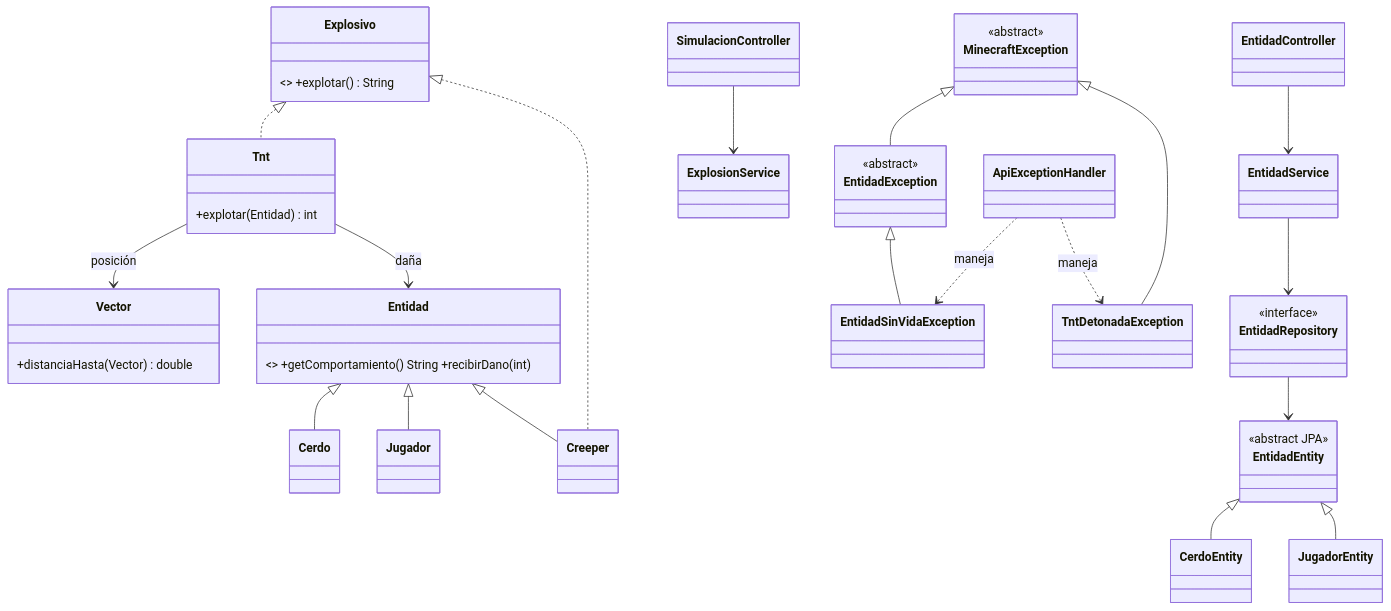
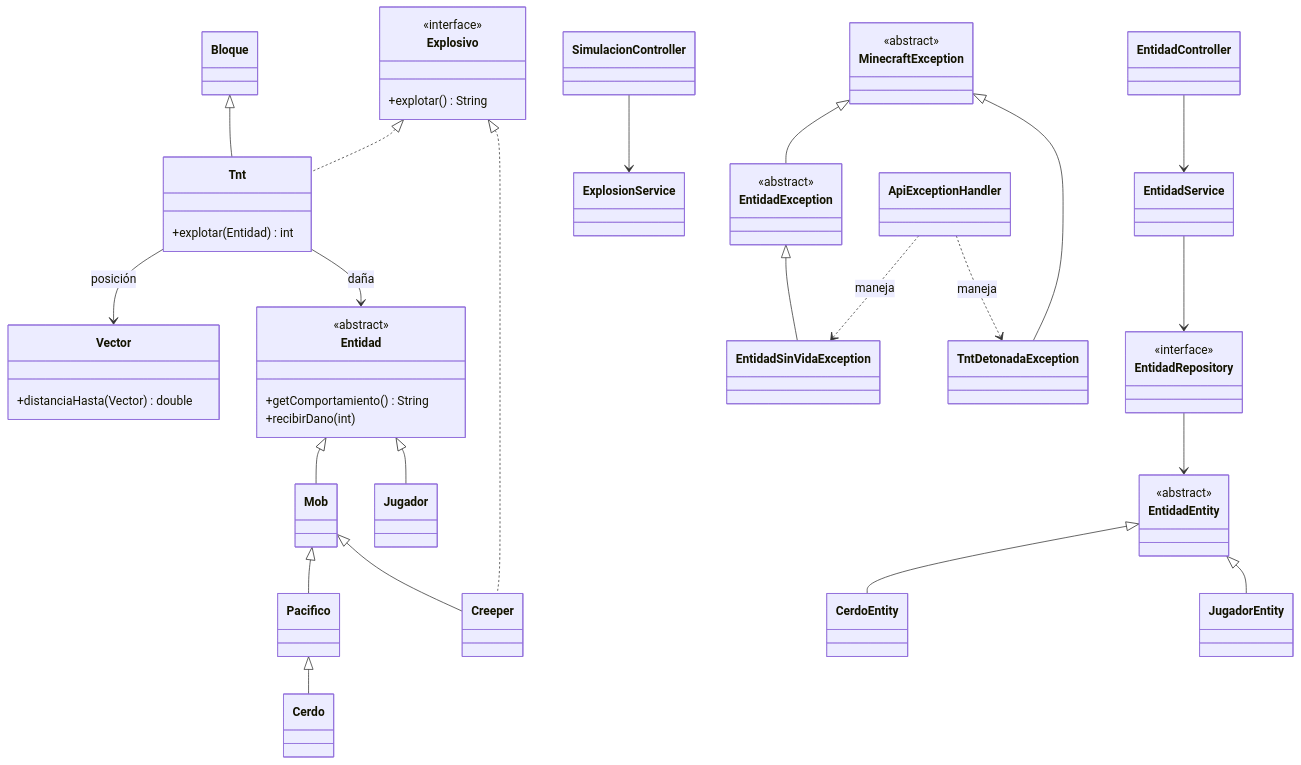
The second of 2 diagrams in README.md (LucasFadul/lfadul-tp-lp3-2026), drawn with Mermaid before and after one commit.

Commit message:
docs: corregir diagrama de herencia y protocolo

````diff
--- a/README.md
+++ b/README.md
@@ -315,41 +315,66 @@
 ```mermaid
 classDiagram
-    class Entidad { <<abstract>> +getComportamiento() String +recibirDano(int) }
+    class Entidad {
+        <<abstract>>
+        +getComportamiento() String
+        +recibirDano(int)
+    }
+    class Mob
+    class Pacifico
+    class Bloque
     class Cerdo
     class Jugador
-    class Tnt { +explotar(Entidad) int }
-    class Vector { +distanciaHasta(Vector) double }
-    class Explosivo { <<interface>> +explotar() String }
+    class Tnt {
+        +explotar(Entidad) int
+    }
+    class Vector {
+        +distanciaHasta(Vector) double
+    }
+    class Explosivo {
+        <<interface>>
+        +explotar() String
+    }
     class Creeper
-    class EntidadEntity { <<abstract JPA>> }
+    class EntidadEntity {
+        <<abstract>>
+    }
     class CerdoEntity
     class JugadorEntity
-    class EntidadRepository { <<interface>> }
+    class EntidadRepository {
+        <<interface>>
+    }
     class EntidadController
     class EntidadService
     class ExplosionService
     class SimulacionController
-    class MinecraftException { <<abstract>> }
-    class EntidadException { <<abstract>> }
+    class MinecraftException {
+        <<abstract>>
+    }
+    class EntidadException {
+        <<abstract>>
+    }
     class EntidadSinVidaException
     class TntDetonadaException
     class ApiExceptionHandler
-    Entidad <|-- Cerdo
+    Entidad <|-- Mob
+    Mob <|-- Pacifico
+    Pacifico <|-- Cerdo
     Entidad <|-- Jugador
-    Entidad <|-- Creeper
+    Mob <|-- Creeper
+    Bloque <|-- Tnt
     Explosivo <|.. Tnt
     Explosivo <|.. Creeper
     Tnt --> Vector : posición
     Tnt --> Entidad : daña
     EntidadEntity <|-- CerdoEntity
     EntidadEntity <|-- JugadorEntity
     EntidadController --> EntidadService
     SimulacionController --> ExplosionService
     EntidadService --> EntidadRepository
     EntidadRepository --> EntidadEntity
     MinecraftException <|-- EntidadException
     EntidadException <|-- EntidadSinVidaException
     MinecraftException <|-- TntDetonadaException
     ApiExceptionHandler ..> EntidadSinVidaException : maneja
     ApiExceptionHandler ..> TntDetonadaException : maneja
 ```
````
